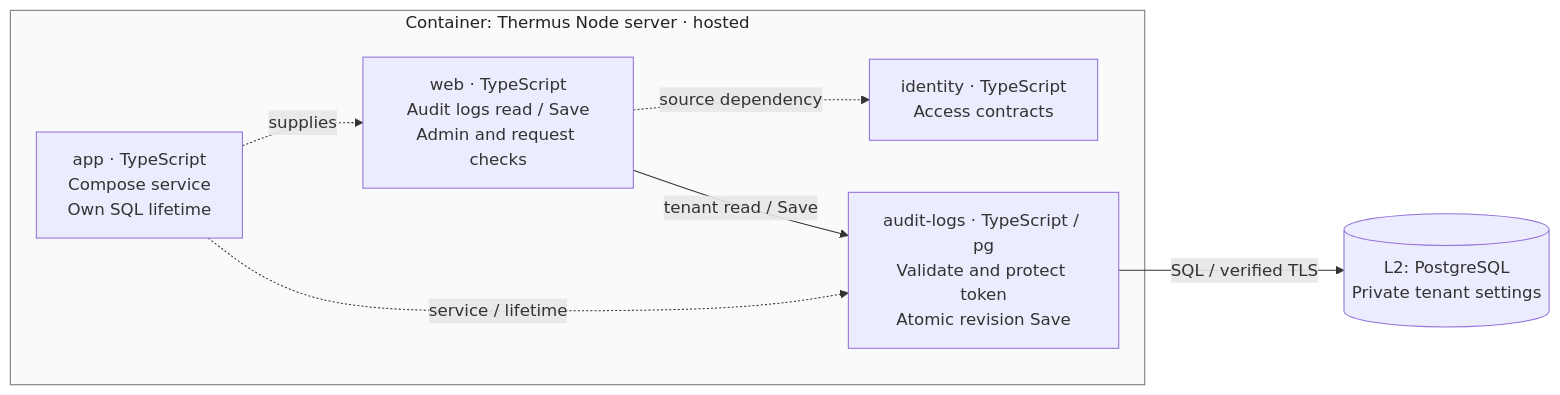
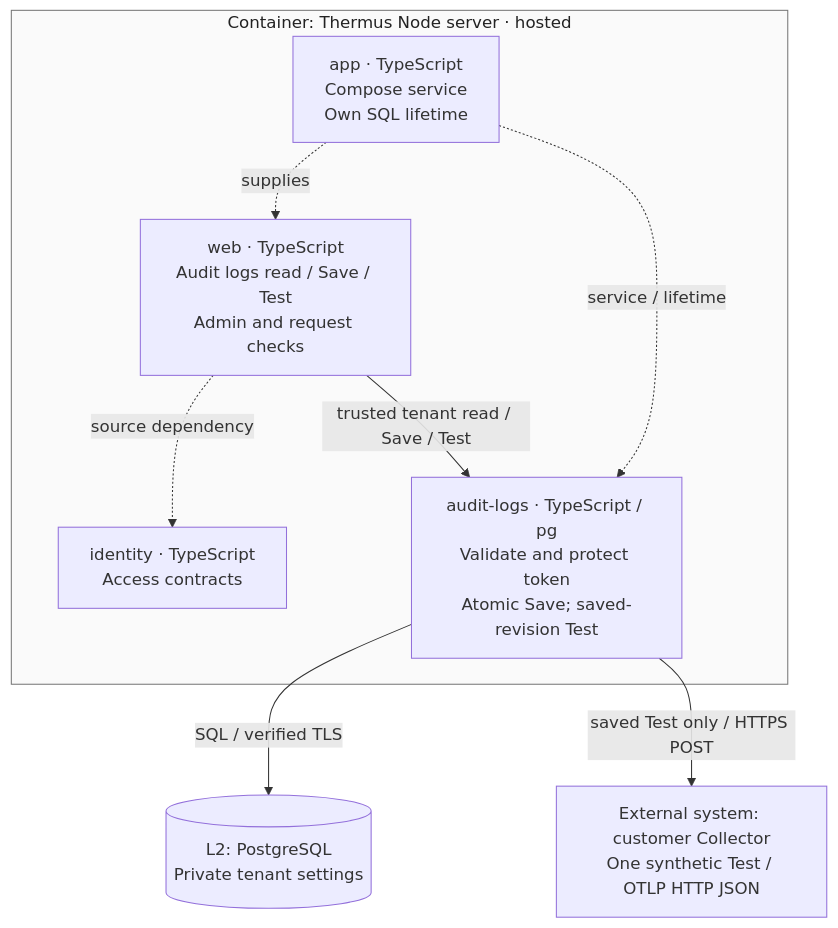
Before and after one commit to tomer-mayara/Thermus: the sixth of 13 diagrams in architecture/components.md, drawn with Mermaid. The commit also changed other lines of this file and 24 other files, not shown here.

Commit message:
feat(audit): test saved Collector destinations without changing settings

````diff
--- a/architecture/components.md
+++ b/architecture/components.md
@@ -243,16 +248,18 @@
 ```mermaid
-flowchart LR
+flowchart TB
   subgraph storage_server["Container: Thermus Node server · hosted"]
     storage_app["app · TypeScript<br/>Compose service<br/>Own SQL lifetime"]
-    storage_web["web · TypeScript<br/>Audit logs read / Save<br/>Admin and request checks"]
+    storage_web["web · TypeScript<br/>Audit logs read / Save / Test<br/>Admin and request checks"]
     storage_identity["identity · TypeScript<br/>Access contracts"]
-    storage_logging["audit-logs · TypeScript / pg<br/>Validate and protect token<br/>Atomic revision Save"]
+    storage_logging["audit-logs · TypeScript / pg<br/>Validate and protect token<br/>Atomic Save; saved-revision Test"]
   end
   storage_data[("L2: PostgreSQL<br/>Private tenant settings")]
+  storage_collector["External system: customer Collector<br/>One synthetic Test / OTLP HTTP JSON"]
   storage_app -.->|supplies| storage_web
   storage_app -.->|service / lifetime| storage_logging
   storage_web -.->|source dependency| storage_identity
-  storage_web -->|tenant read / Save| storage_logging
+  storage_web -->|trusted tenant read / Save / Test| storage_logging
   storage_logging -->|SQL / verified TLS| storage_data
+  storage_logging -->|saved Test only / HTTPS POST| storage_collector
   style storage_server fill:#fafafa,stroke:#777777,color:#222
 ```
````
